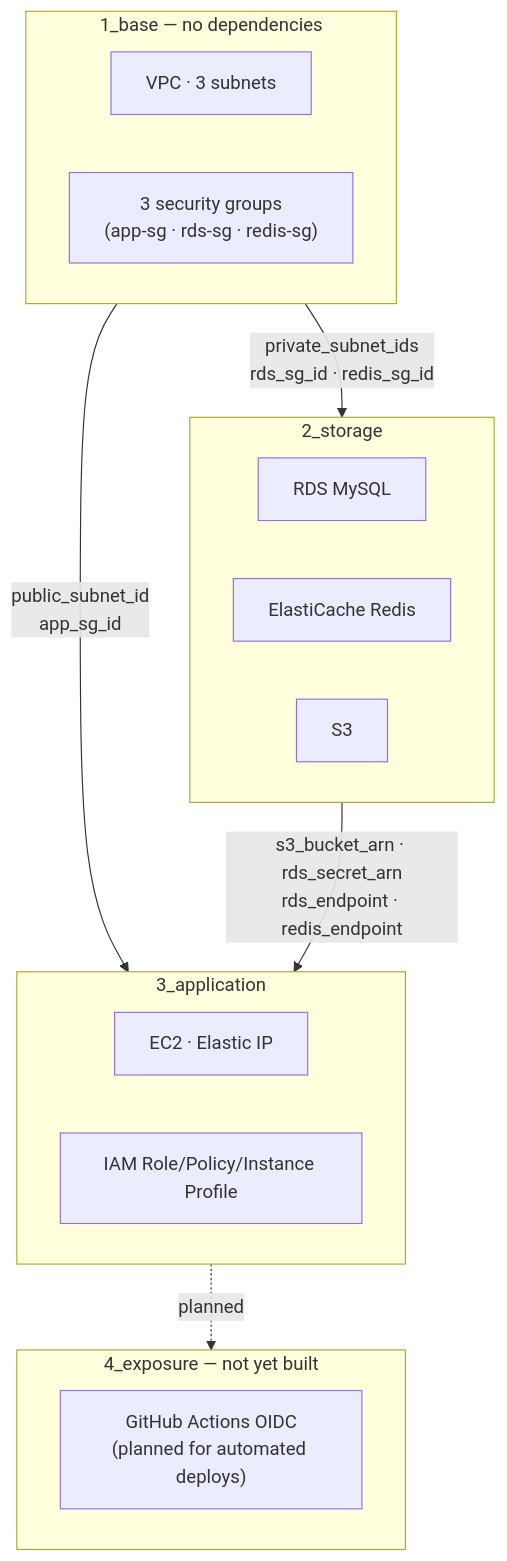
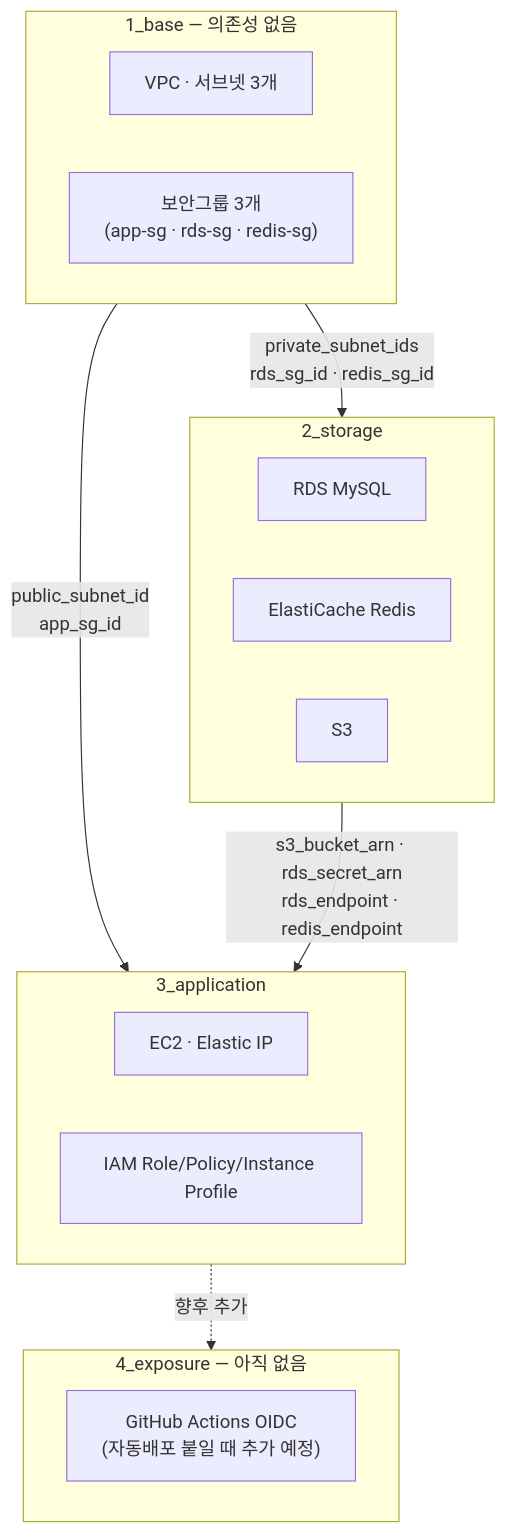
Before and after one commit to 42VoiceBridge/42VoiceBridge_Infra: the diagram in docs/GUIDE.md, drawn with Mermaid. The commit also changed other lines of this file and 2 other files, not shown here.

````diff
--- a/docs/GUIDE.md
+++ b/docs/GUIDE.md
@@ -29,27 +25,27 @@
 ```mermaid
 graph TB
-    subgraph L1["1_base — no dependencies"]
-        VPC["VPC · 3 subnets"]
-        SG["3 security groups<br/>(app-sg · rds-sg · redis-sg)"]
+    subgraph L1["1_base — 의존성 없음"]
+        VPC["VPC · 서브넷 3개"]
+        SG["보안그룹 3개<br/>(app-sg · rds-sg · redis-sg)"]
     end
 
     subgraph L2["2_storage"]
         RDS["RDS MySQL"]
         REDIS["ElastiCache Redis"]
         S3["S3"]
     end
 
     subgraph L3["3_application"]
         EC2["EC2 · Elastic IP"]
         IAM["IAM Role/Policy/Instance Profile"]
     end
 
-    subgraph L4["4_exposure — not yet built"]
-        CICD["GitHub Actions OIDC<br/>(planned for automated deploys)"]
+    subgraph L4["4_exposure — 아직 없음"]
+        CICD["GitHub Actions OIDC<br/>(자동배포 붙일 때 추가 예정)"]
     end
 
     L1 -- "private_subnet_ids<br/>rds_sg_id · redis_sg_id" --> L2
     L1 -- "public_subnet_id<br/>app_sg_id" --> L3
     L2 -- "s3_bucket_arn · rds_secret_arn<br/>rds_endpoint · redis_endpoint" --> L3
-    L3 -.planned.-> L4
+    L3 -.향후 추가.-> L4
 ```
````
